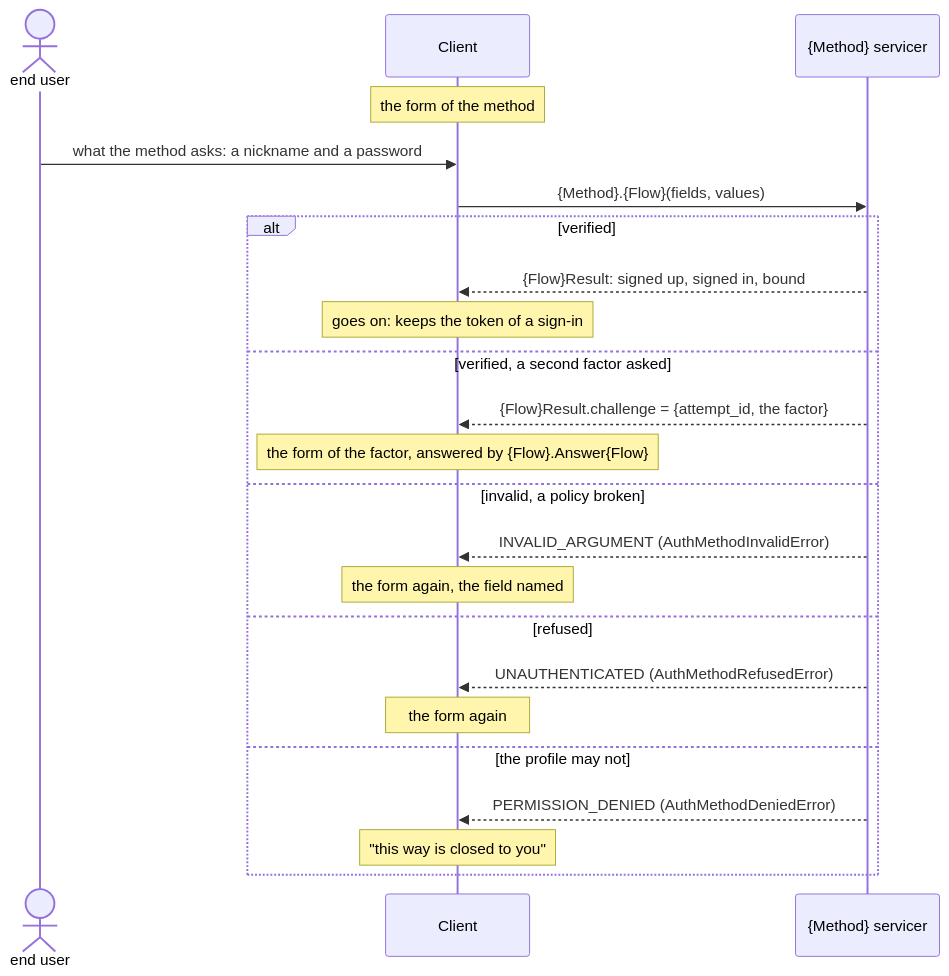
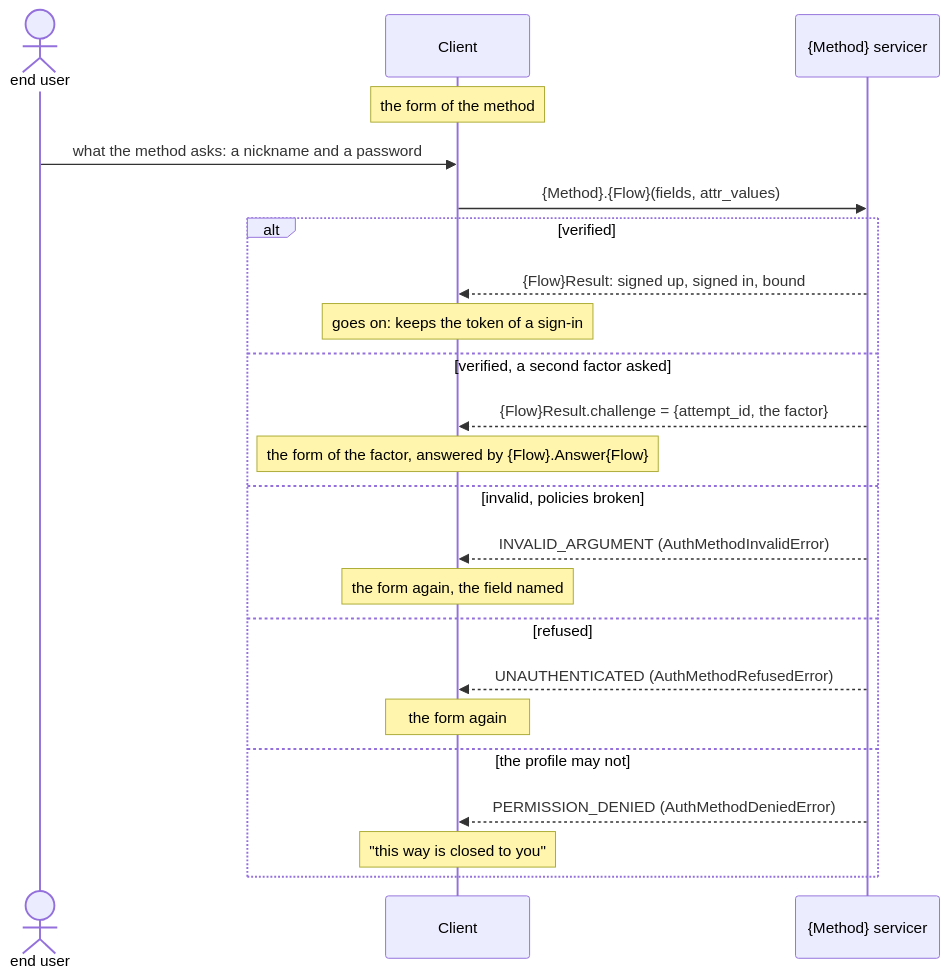
Before and after one commit to ak-ingots/ingots-libs: the first of 4 diagrams in docs/design/auth/methods/README.md, drawn with Mermaid. The commit also changed other lines of this file and 8 other files, not shown here.

````diff
--- a/docs/design/auth/methods/README.md
+++ b/docs/design/auth/methods/README.md
@@ -138,25 +138,25 @@
 ```mermaid
 sequenceDiagram
     actor User as end user
     participant Client
     participant Server as {Method} servicer
     Note over Client: the form of the method
     User->>Client: what the method asks: a nickname and a password
-    Client->>Server: {Method}.{Flow}(fields, values)
+    Client->>Server: {Method}.{Flow}(fields, attr_values)
     alt verified
         Server-->>Client: {Flow}Result: signed up, signed in, bound
         Note over Client: goes on: keeps the token of a sign-in
     else verified, a second factor asked
         Server-->>Client: {Flow}Result.challenge = {attempt_id, the factor}
         Note over Client: the form of the factor, answered by {Flow}.Answer{Flow}
-    else invalid, a policy broken
+    else invalid, policies broken
         Server-->>Client: INVALID_ARGUMENT (AuthMethodInvalidError)
         Note over Client: the form again, the field named
     else refused
         Server-->>Client: UNAUTHENTICATED (AuthMethodRefusedError)
         Note over Client: the form again
     else the profile may not
         Server-->>Client: PERMISSION_DENIED (AuthMethodDeniedError)
         Note over Client: "this way is closed to you"
     end
 ```
````
